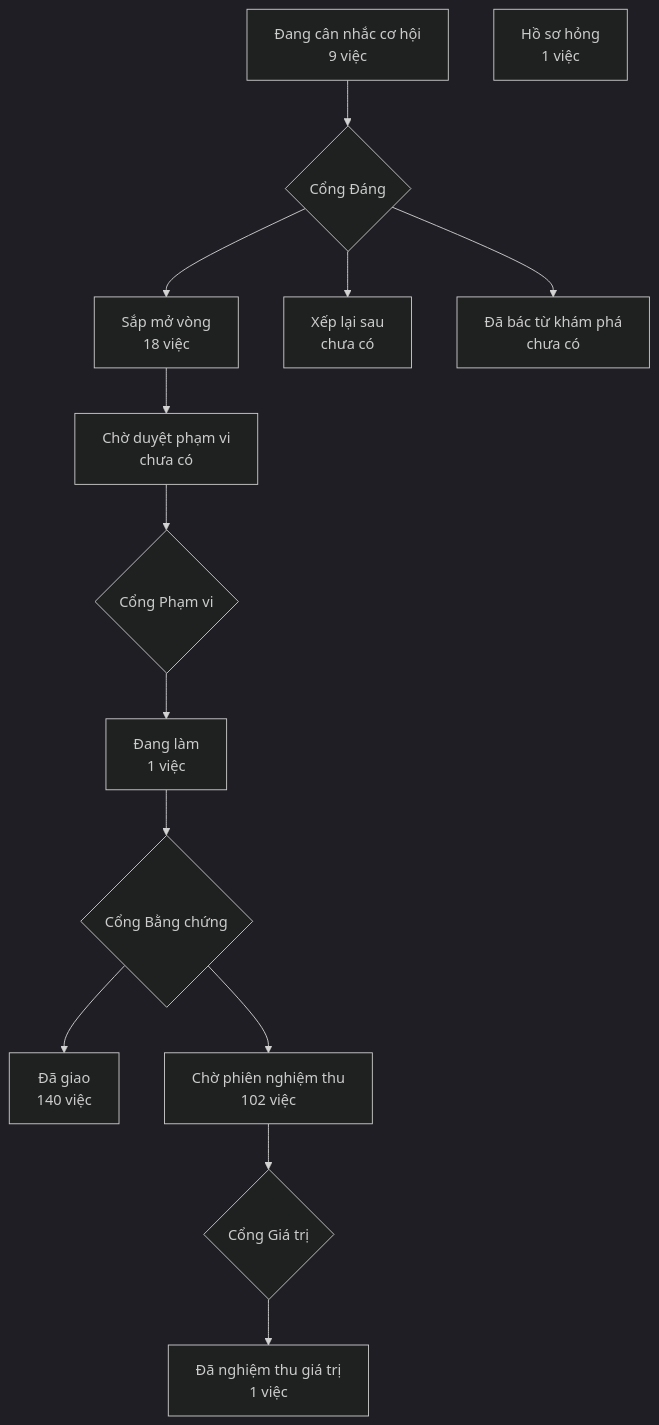
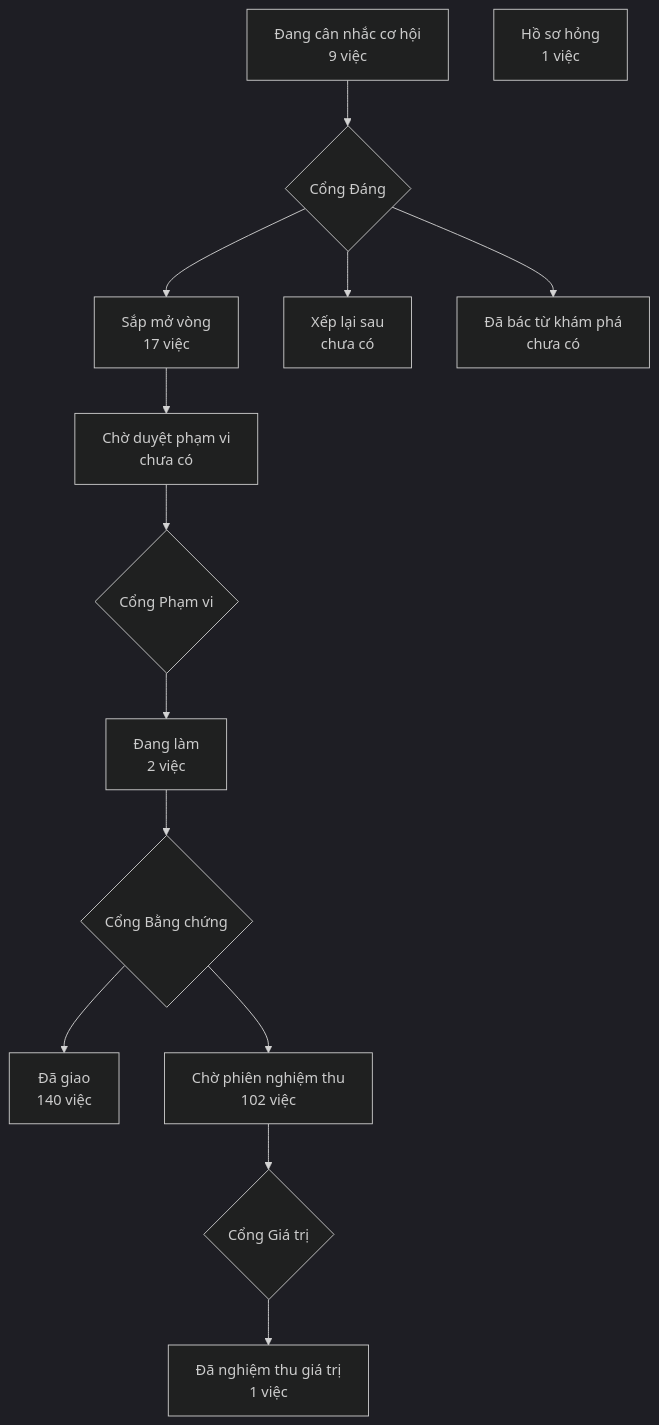
Before and after one commit to phanlemanh/crm-onehub: the diagram in PRODUCT-MAP.md, drawn with Mermaid (dark theme). The commit also changed other lines of this file and 3 other files, not shown here.

````diff
--- a/PRODUCT-MAP.md
+++ b/PRODUCT-MAP.md
@@ -7,13 +7,13 @@
 ```mermaid
 flowchart TD
   A["Đang cân nhắc cơ hội<br/>9 việc"] --> GD{"Cổng Đáng"}
-  GD --> B["Sắp mở vòng<br/>18 việc"]
+  GD --> B["Sắp mở vòng<br/>17 việc"]
   GD --> XL["Xếp lại sau<br/>chưa có"]
   GD --> DB["Đã bác từ khám phá<br/>chưa có"]
   B --> CD["Chờ duyệt phạm vi<br/>chưa có"] --> GP{"Cổng Phạm vi"}
-  GP --> DL["Đang làm<br/>1 việc"] --> GB{"Cổng Bằng chứng"}
+  GP --> DL["Đang làm<br/>2 việc"] --> GB{"Cổng Bằng chứng"}
   GB --> DG["Đã giao<br/>140 việc"]
   GB --> CN["Chờ phiên nghiệm thu<br/>102 việc"] --> GG{"Cổng Giá trị"}
   GG --> NT["Đã nghiệm thu giá trị<br/>1 việc"]
   HS["Hồ sơ hỏng<br/>1 việc"]
 ```
````
